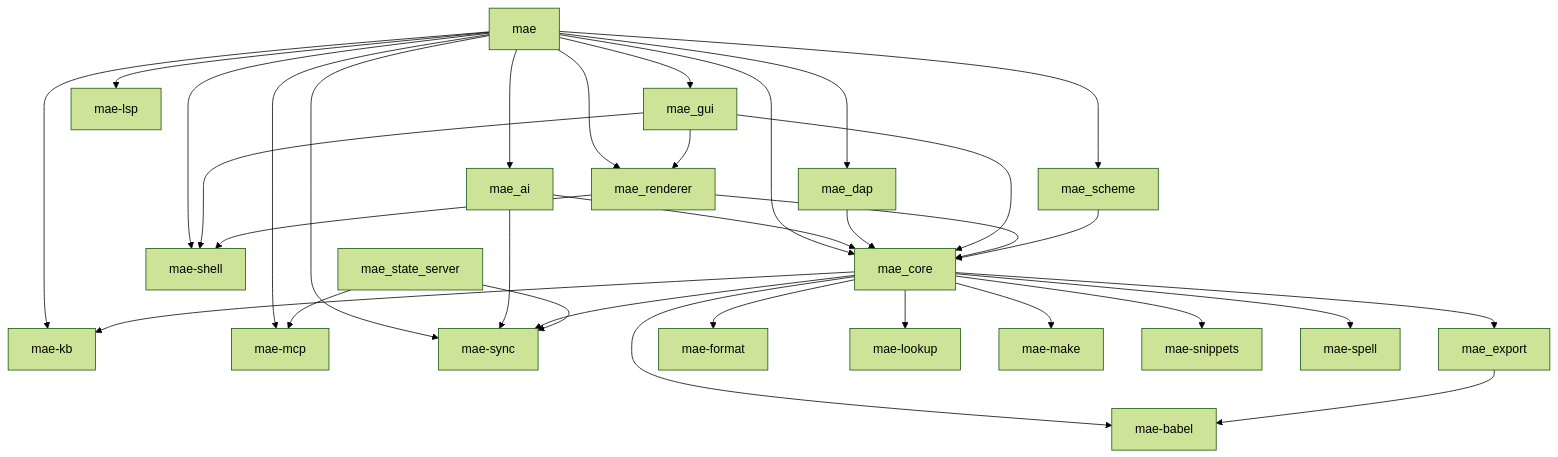
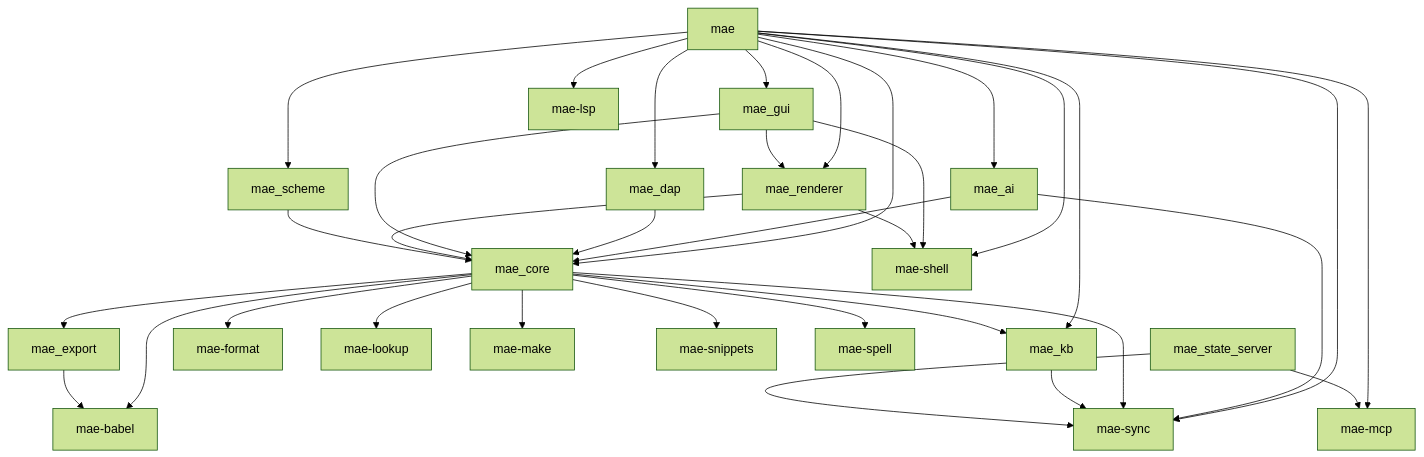
The diagram in docs/CODE_MAP.md (cuttlefisch/mae), drawn with Mermaid (forest theme) before and after one commit. The commit also changed 1 other file, not shown here.

Commit message:
chore: regenerate code map after KB CRDT integration

````diff
--- a/docs/CODE_MAP.md
+++ b/docs/CODE_MAP.md
@@ -7,46 +7,46 @@
 ```mermaid
 graph TD
     mae --> mae_ai
     mae --> mae_core
     mae --> mae_dap
     mae --> mae_gui
     mae --> mae_kb
     mae --> mae_lsp
     mae --> mae_mcp
     mae --> mae_renderer
     mae --> mae_scheme
     mae --> mae_shell
     mae --> mae_sync
     mae_ai --> mae_core
     mae_ai --> mae_sync
     mae_babel[mae-babel]
     mae_core --> mae_babel
     mae_core --> mae_export
     mae_core --> mae_format
     mae_core --> mae_kb
     mae_core --> mae_lookup
     mae_core --> mae_make
     mae_core --> mae_snippets
     mae_core --> mae_spell
     mae_core --> mae_sync
     mae_dap --> mae_core
     mae_export --> mae_babel
     mae_format[mae-format]
     mae_gui --> mae_core
     mae_gui --> mae_renderer
     mae_gui --> mae_shell
-    mae_kb[mae-kb]
+    mae_kb --> mae_sync
     mae_lookup[mae-lookup]
     mae_lsp[mae-lsp]
     mae_make[mae-make]
     mae_mcp[mae-mcp]
     mae_renderer --> mae_core
     mae_renderer --> mae_shell
     mae_scheme --> mae_core
     mae_shell[mae-shell]
     mae_snippets[mae-snippets]
     mae_spell[mae-spell]
     mae_state_server --> mae_mcp
     mae_state_server --> mae_sync
     mae_sync[mae-sync]
 ```
````
